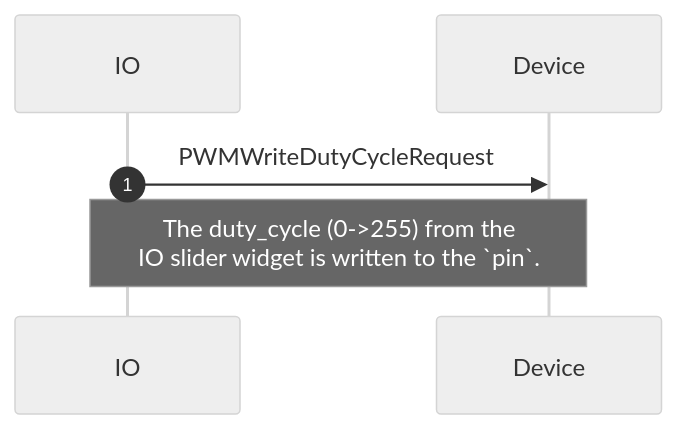
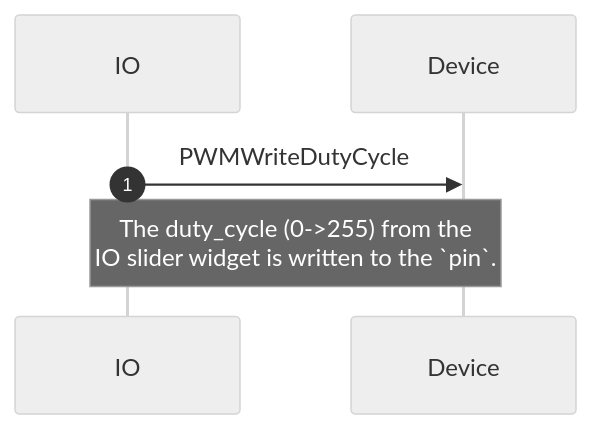
Before and after one commit to adafruit/Wippersnapper_Protobuf: the second of 10 diagrams in proto/wippersnapper/docs/pwm.md, drawn with Mermaid (neutral theme). The commit also changed other lines of this file and 6 other files, not shown here.

````diff
--- a/proto/wippersnapper/docs/pwm.md
+++ b/proto/wippersnapper/docs/pwm.md
@@ -34,6 +34,6 @@
 ```mermaid
 sequenceDiagram
 autonumber
-IO->>Device: PWMWriteDutyCycleRequest
+IO->>Device: PWMWriteDutyCycle
 Note over IO, Device: The duty_cycle (0->255) from the <br>IO slider widget is written to the `pin`.
 ```
````
